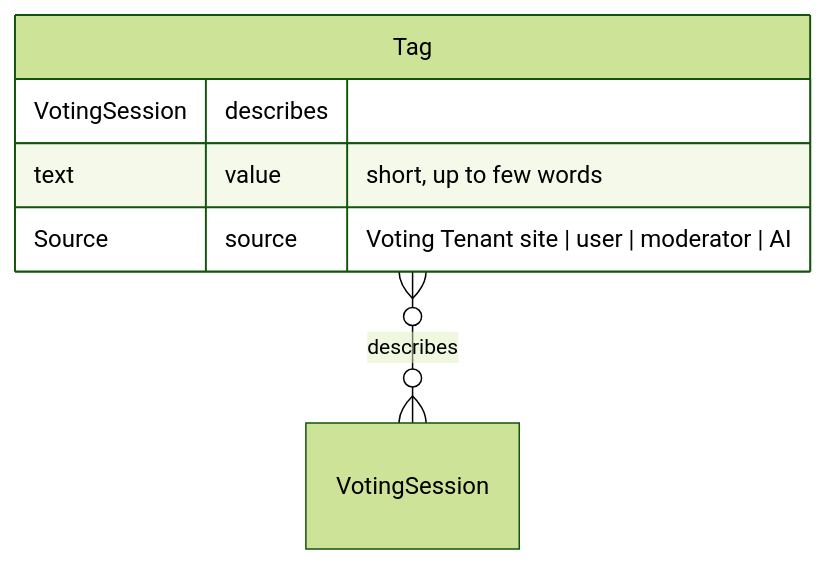
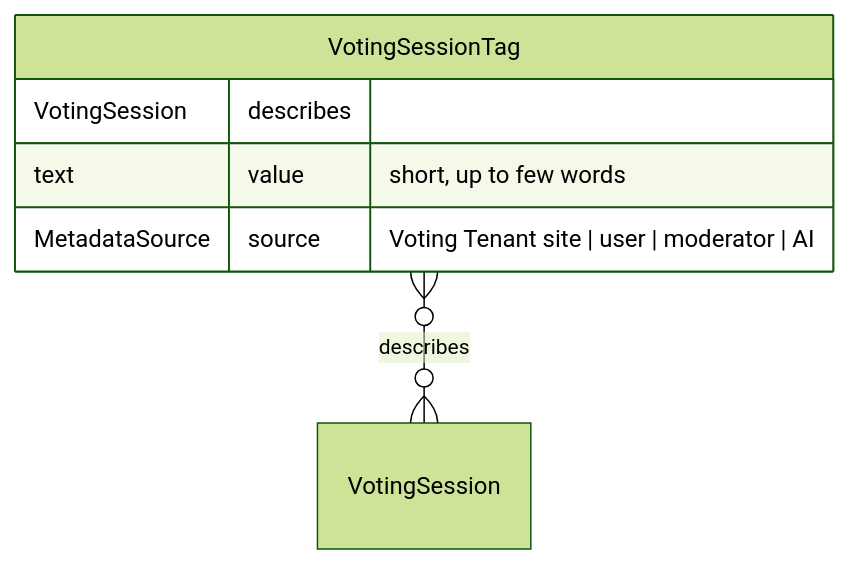
One commit to n1t4chi/who-votes-like-you changed the third of 10 diagrams in doc/09_architectural_decisions/09_01_redesign_from_initial_structure.md. Above: the diagram before and after it, drawn with Mermaid (forest theme). The commit also changed other lines of this file and 373 other files, not shown here.

````diff
--- a/doc/09_architectural_decisions/09_01_redesign_from_initial_structure.md
+++ b/doc/09_architectural_decisions/09_01_redesign_from_initial_structure.md
@@ -150,9 +151,9 @@
 ```mermaid
 erDiagram
-    Tag }o--o{ VotingSession: describes
-    Tag{
+    VotingSessionTag }o--o{ VotingSession: describes
+    VotingSessionTag{
         VotingSession describes
         text value "short, up to few words"
-        Source source "Voting Tenant site | user | moderator | AI"
+        MetadataSource source "Voting Tenant site | user | moderator | AI"
     }
 ```
````
